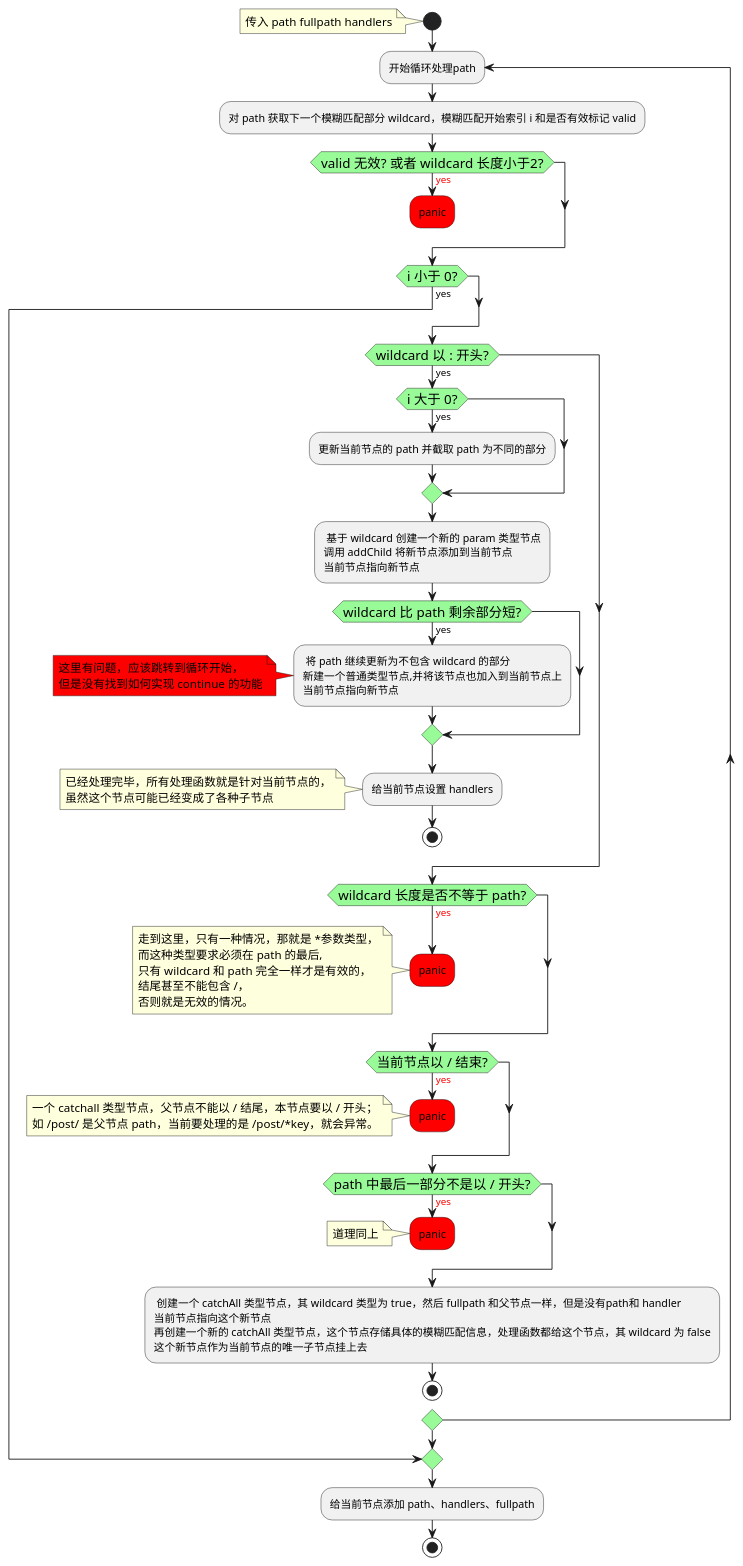
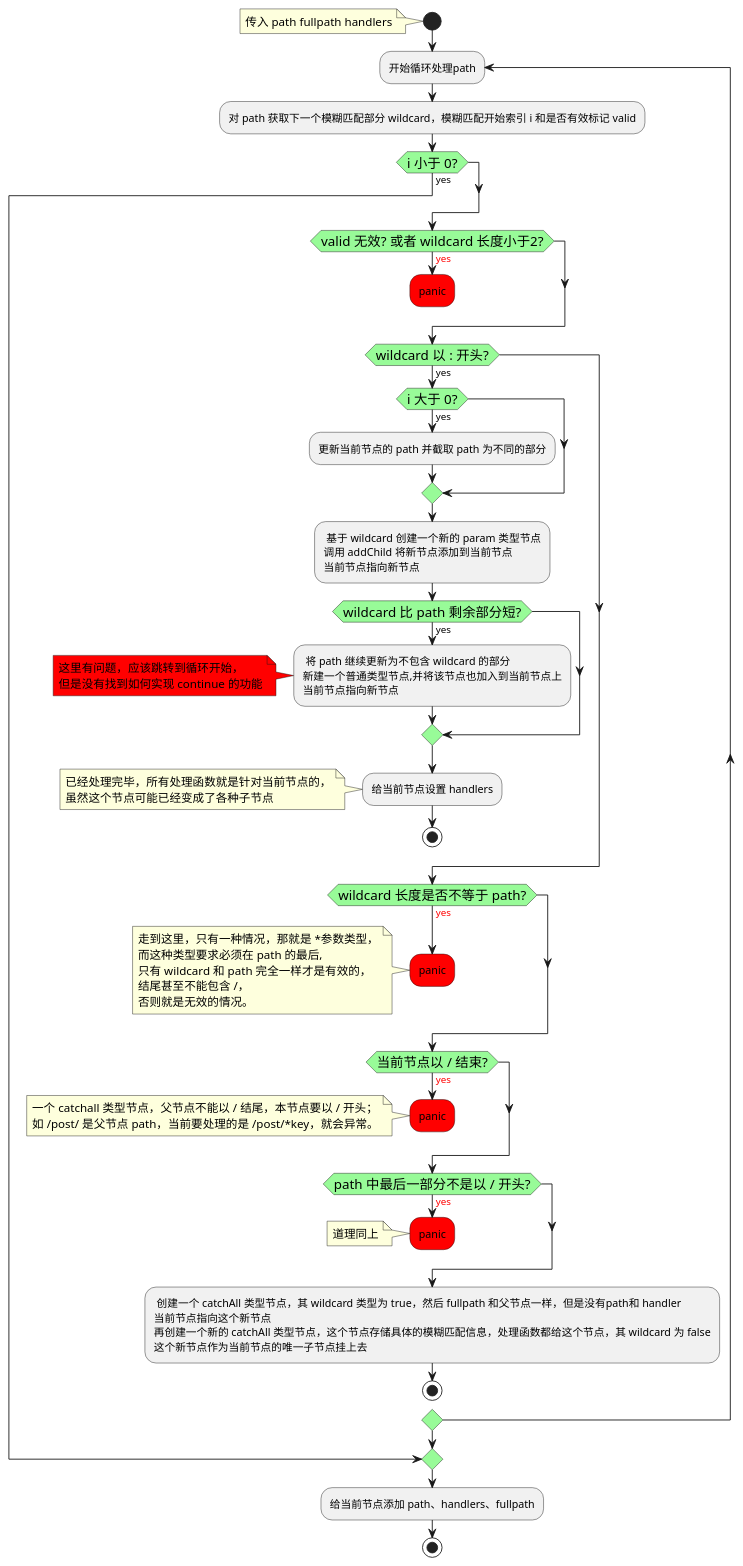
One commit to guozhaoxin/learning-notes changed the diagram in golang/gin/uml/node.puml. Above: the diagram before and after it, drawn with PlantUML. The commit also changed 1 other file, not shown here.

```diff
--- a/golang/gin/uml/node.puml
+++ b/golang/gin/uml/node.puml
@@ -1,97 +1,99 @@
 @startuml
 'insertChild 方法
 
 <style>
     activityDiagram {
       diamond {
         BackgroundColor PaleGreen
 '        LineColor #00FF00
         FontColor black
 
         FontSize 15
       }
     }
 </style>
 
 start
 note left: 传入 path fullpath handlers
 
 label 开始循环
 repeat :开始循环处理path;
 
     :对 path 获取下一个模糊匹配部分 wildcard，模糊匹配开始索引 i 和是否有效标记 valid;
-    if(valid 无效? 或者 wildcard 长度小于2?) is (<color:red>yes) then
-        #red :panic;
-        kill
-    endif
+
     if(i 小于 0?) is (yes) then
         break
     endif
+
+    if(valid 无效? 或者 wildcard 长度小于2?) is (<color:red>yes) then
+            #red :panic;
+            kill
+     endif
 
     if(wildcard 以 : 开头?)  is (yes) then
         if(i 大于 0?) is (yes) then
             :更新当前节点的 path 并截取 path 为不同的部分;
         endif
 
         : 基于 wildcard 创建一个新的 param 类型节点
         调用 addChild 将新节点添加到当前节点
         当前节点指向新节点;
 
         if(wildcard 比 path 剩余部分短?) is (yes) then
             : 将 path 继续更新为不包含 wildcard 的部分
             新建一个普通类型节点,并将该节点也加入到当前节点上
             当前节点指向新节点;
             note left #red
             这里有问题，应该跳转到循环开始，
             但是没有找到如何实现 continue 的功能
             endnote
         endif
 
         :给当前节点设置 handlers;
         note left
             已经处理完毕，所有处理函数就是针对当前节点的，
             虽然这个节点可能已经变成了各种子节点
         end note
         stop
     endif
 
     if(wildcard 长度是否不等于 path?) is (<color:red>yes) then
         #red :panic;
         note left
             走到这里，只有一种情况，那就是 *参数类型，
             而这种类型要求必须在 path 的最后,
             只有 wildcard 和 path 完全一样才是有效的，
             结尾甚至不能包含 /，
             否则就是无效的情况。
         end note
         kill
     endif
 
     if(当前节点以 / 结束?) is (<color:red>yes) then
         #red :panic;
         note left
             一个 catchall 类型节点，父节点不能以 / 结尾，本节点要以 / 开头；
             如 /post/ 是父节点 path，当前要处理的是 /post/*key，就会异常。
         end note
         kill
     endif
 
     if(path 中最后一部分不是以 / 开头?) is (<color:red>yes) then
         #red :panic;
         note left: 道理同上
         kill
     endif
 
     : 创建一个 catchAll 类型节点，其 wildcard 类型为 true，然后 fullpath 和父节点一样，但是没有path和 handler
     当前节点指向这个新节点
     再创建一个新的 catchAll 类型节点，这个节点存储具体的模糊匹配信息，处理函数都给这个节点，其 wildcard 为 false
     这个新节点作为当前节点的唯一子节点挂上去;
     stop
 
 
 repeat while
 
 :给当前节点添加 path、handlers、fullpath;
 stop
 
 @enduml
```
